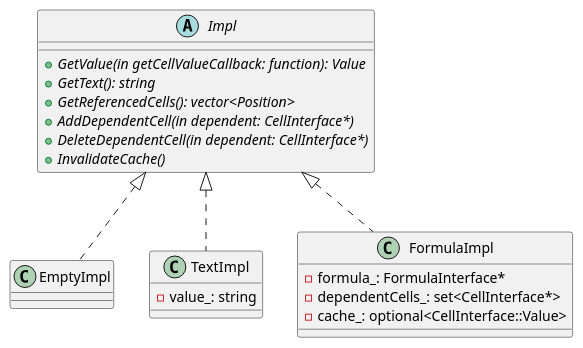
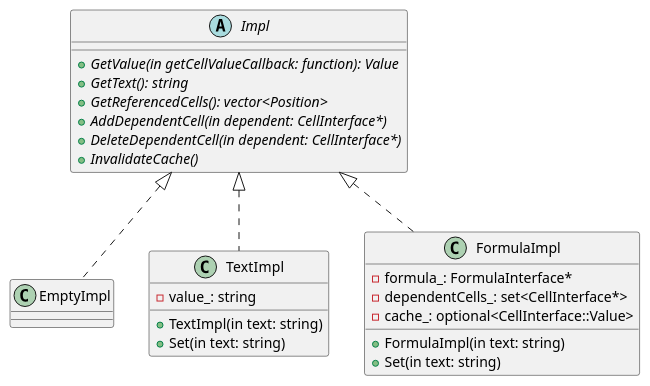
One commit to kazarynau/YandexPraktikumFinal changed the diagram in uml/cellImpl.puml. Above: the diagram before and after it, drawn with PlantUML. The commit also changed 10 other files, not shown here.

```diff
--- a/uml/cellImpl.puml
+++ b/uml/cellImpl.puml
@@ -2,29 +2,33 @@
 @startuml
 
 abstract class Impl {
     +{abstract} GetValue(in getCellValueCallback: function): Value
     +{abstract} GetText(): string
     +{abstract} GetReferencedCells(): vector<Position>
     +{abstract} AddDependentCell(in dependent: CellInterface*)
     +{abstract} DeleteDependentCell(in dependent: CellInterface*)
     +{abstract} InvalidateCache()
 }
 
 class EmptyImpl {
 }
 
 class TextImpl {
+    +TextImpl(in text: string)
+    +Set(in text: string)
     -value_: string
 }
 
 class FormulaImpl {
+    +FormulaImpl(in text: string)
+    +Set(in text: string)
     -formula_: FormulaInterface*
     -dependentCells_: set<CellInterface*>
     -cache_: optional<CellInterface::Value>
 }
 
 class EmptyImpl implements Impl
 class TextImpl implements Impl
 class FormulaImpl implements Impl
 
 @enduml
```
